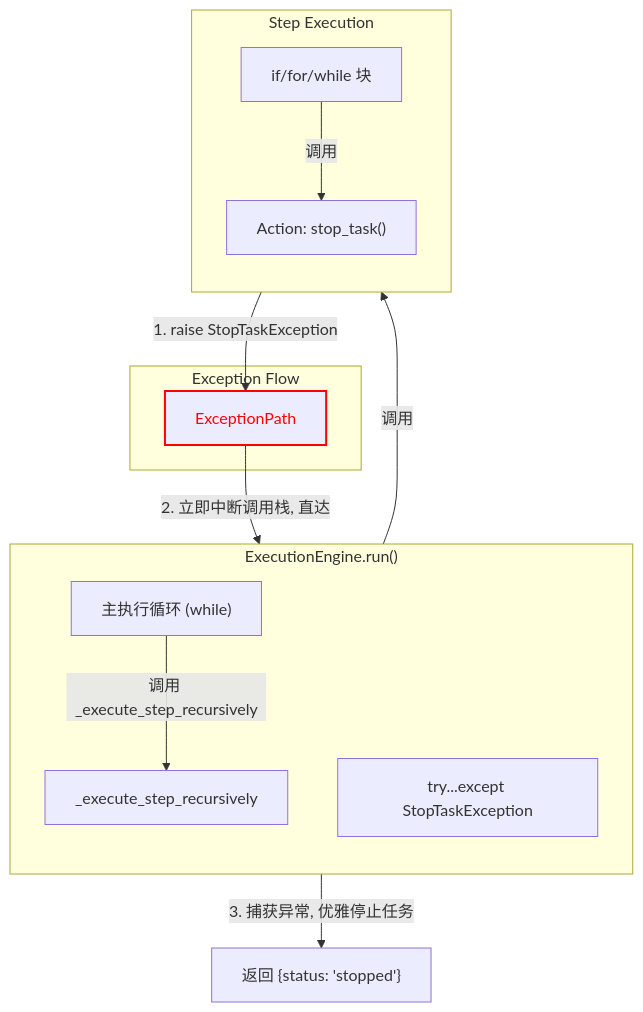
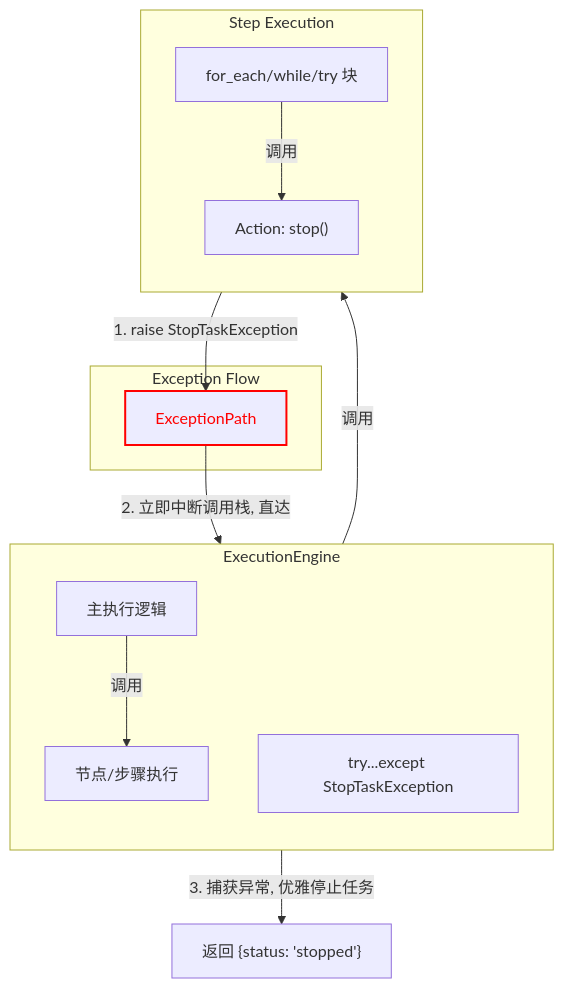
Before and after one commit to nightofknife/aura-framework: the diagram in readme/core_doc/exceptions.md, drawn with Mermaid. The commit also changed other lines of this file and 22 other files, not shown here.

````diff
--- a/readme/core_doc/exceptions.md
+++ b/readme/core_doc/exceptions.md
@@ -17,24 +18,24 @@
 ```mermaid
 graph TD
-    subgraph "ExecutionEngine.run()"
+    subgraph "ExecutionEngine"
         direction TB
-        Loop["主执行循环 (while)"]
+        MainLogic["主执行逻辑"]
         Handler["try...except StopTaskException"]
-        Loop -- "调用 _execute_step_recursively" --> Step
+        MainLogic -- "调用" --> StepExecution
     end
 
     subgraph "Step Execution"
         direction TB
-        Step["_execute_step_recursively"] -- "调用" --> SubStep["if/for/while 块"]
-        SubStep -- "调用" --> Action["Action: stop_task()"]
+        StepExecution["节点/步骤执行"] -- "调用" --> SubLogic["for_each/while/try 块"]
+        SubLogic -- "调用" --> Action["Action: stop()"]
     end
     
     subgraph "Exception Flow"
         Action -- "1. raise StopTaskException" --> ExceptionPath
         ExceptionPath -- "2. 立即中断调用栈, 直达" --> Handler
     end
 
     Handler -- "3. 捕获异常, 优雅停止任务" --> End["返回 {status: 'stopped'}"]
 
     style ExceptionPath stroke-width:2px,stroke:red,color:red
 ```
````
